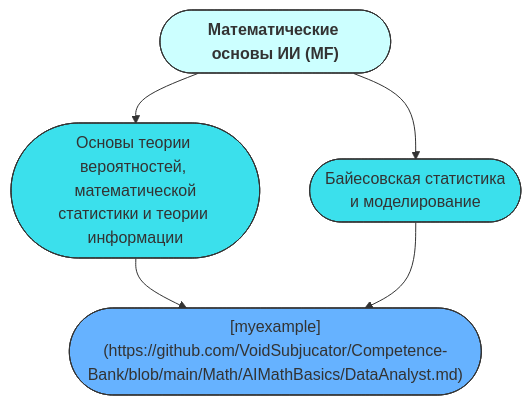
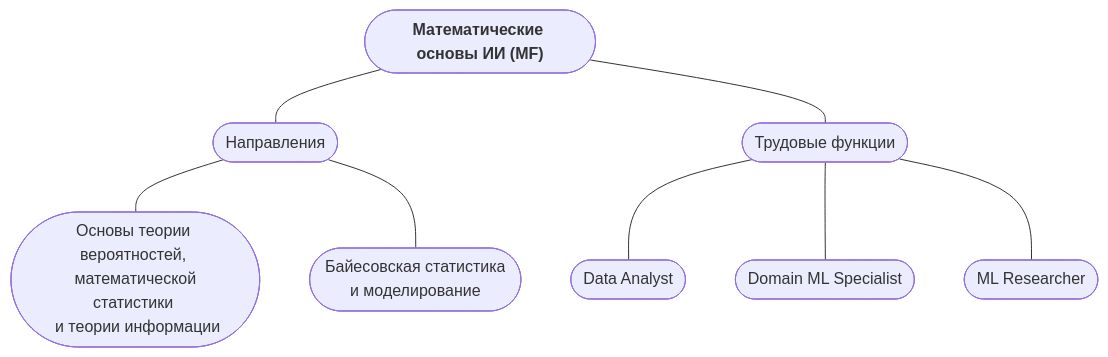
Before and after one commit to aimclub/ai-competency-model: the second of 2 diagrams in README.md, drawn with Mermaid. The commit also changed other lines of this file, not shown here.

````diff
--- a/README.md
+++ b/README.md
@@ -3,12 +25,19 @@
 ```mermaid
 graph TD;
-classDef areaMathStyle fill:#CCFFFF,stroke:#333,stroke-width:1px
-classDef aspectMathStyle fill:#3BE0EC,stroke:#333,stroke-width:1px
-classDef jobsMathStyle fill:#66B2FF,stroke:#333,stroke-width:1px
+classDef areaDataEngineeringStyle fill:#FFFF33,stroke:#333,stroke-width:1px
+classDef aspectDataEngineeringStyle fill:#3BE0EC,stroke:#333,stroke-width:1px
+classDef jobsDataEngineeringStyle fill:#66B2FF,stroke:#333,stroke-width:1px
 
-AreaMath(["`**Математические основы ИИ (MF)**`"]):::areaMathStyle -->MathAspect1(["Основы теории вероятностей, <br> математической статистики и теории информации"]):::aspectMathStyle
-AreaMath -->MathAspect2(["Байесовская статистика <br> и моделирование"]):::aspectMathStyle
+AreaMath(["`**Математические основы ИИ (MF)**`"]):::areaMathStyle ---apectsMath(["Направления"]):::areasMath
+apectsMath ---MathAspect1(["Основы теории вероятностей, <br> математической статистики <br> и теории информации"]):::aspectMathStyle
+apectsMath ---MathAspect2(["Байесовская статистика <br> и моделирование"]):::aspectMathStyle
 
-MathAspect1 -->MathJobs(["`[myexample](https://github.com/VoidSubjucator/Competence-Bank/blob/main/Math/AIMathBasics/DataAnalyst.md)`"]):::jobsMathStyle
-MathAspect2 -->MathJobs
+AreaMath ---jobsMath(["Трудовые функции"]):::jobsMath
+jobsMath ---MathJobsDataAnalyst(["Data Analyst"]):::jobsMathStyle
+jobsMath ---MathJobsDomainMLSpecialist(["Domain ML Specialist"]):::jobsMathStyle
+jobsMath ---MathJobsMLResearcher(["ML Researcher"]):::jobsMathStyle
+
+click MathJobsDataAnalyst "https://github.com/VoidSubjucator/Competence-Bank/blob/main/Math/AIMathBasics/DataAnalyst.md"
+click MathJobsDomainMLSpecialist "https://github.com/VoidSubjucator/Competence-Bank/blob/main/Math/AIMathBasics/DomainMLSpecialist.md"
+click MathJobsMLResearcher "https://github.com/VoidSubjucator/Competence-Bank/blob/main/Math/AIMathBasics/MLResearcher.md"
 ```
````
